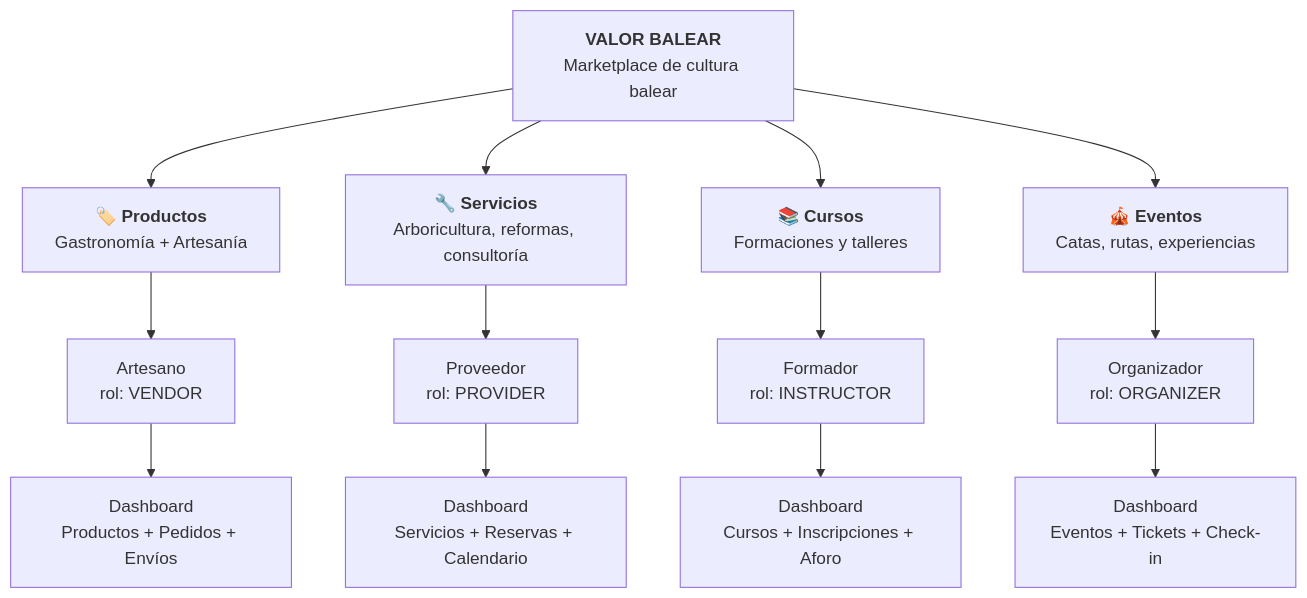
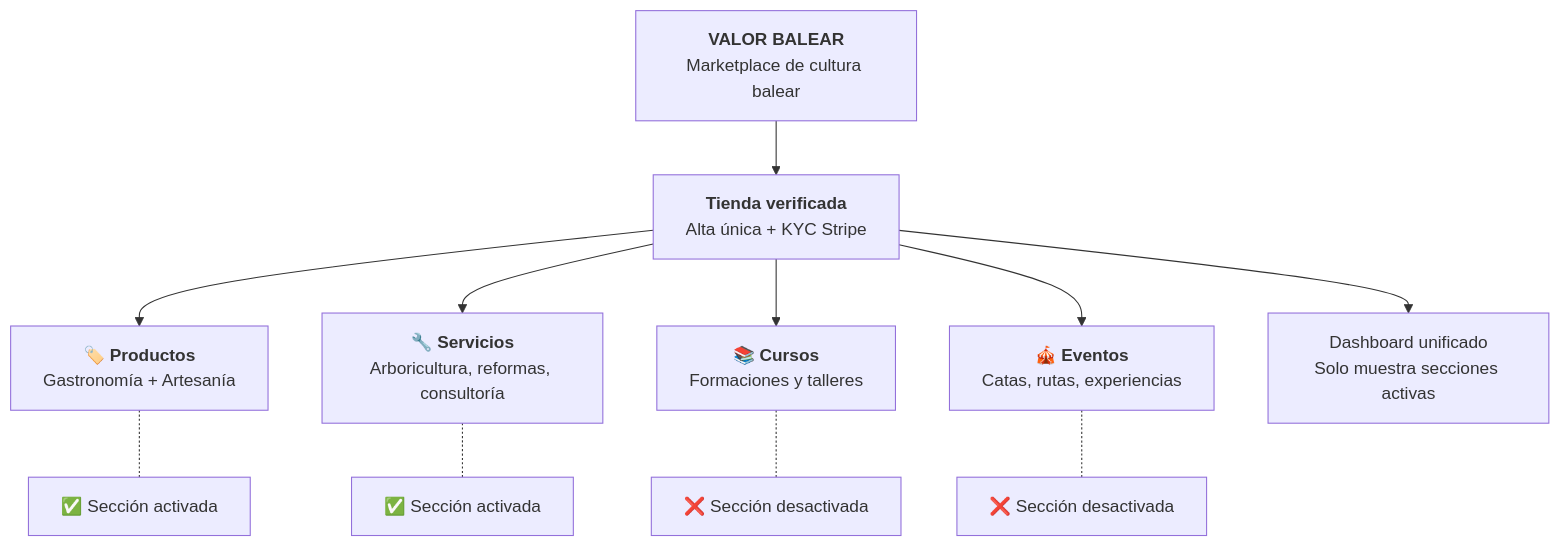
One commit to JTRC83/empresa changed the sixth of 6 diagrams in 06 - Proyectos/Valor Balear.md. Above: the diagram before and after it, drawn with Mermaid. The commit also changed other lines of this file, not shown here.

First line of the commit message:
feat: modelo de secciones habilitables y 10 propuestas de expansion para Valor Balear

````diff
--- a/06 - Proyectos/Valor Balear.md
+++ b/06 - Proyectos/Valor Balear.md
@@ -563,19 +564,20 @@
 ```mermaid
 flowchart TD
     VB[<b>VALOR BALEAR</b><br/>Marketplace de cultura balear]
     
-    VB --> P[🏷️ <b>Productos</b><br/>Gastronomía + Artesanía]
-    VB --> S[🔧 <b>Servicios</b><br/>Arboricultura, reformas, consultoría]
-    VB --> C[📚 <b>Cursos</b><br/>Formaciones y talleres]
-    VB --> E[🎪 <b>Eventos</b><br/>Catas, rutas, experiencias]
+    TIENDA[<b>Tienda verificada</b><br/>Alta única + KYC Stripe]
+    
+    VB --> TIENDA
+    
+    TIENDA --> P[🏷️ <b>Productos</b><br/>Gastronomía + Artesanía]
+    TIENDA --> S[🔧 <b>Servicios</b><br/>Arboricultura, reformas, consultoría]
+    TIENDA --> C[📚 <b>Cursos</b><br/>Formaciones y talleres]
+    TIENDA --> E[🎪 <b>Eventos</b><br/>Catas, rutas, experiencias]
 
-    P --> P1[Artesano<br/>rol: VENDOR]
-    S --> S1[Proveedor<br/>rol: PROVIDER]
-    C --> C1[Formador<br/>rol: INSTRUCTOR]
-    E --> E1[Organizador<br/>rol: ORGANIZER]
+    P -.- TOGGLE1[✅ Sección activada]
+    S -.- TOGGLE2[✅ Sección activada]
+    C -.- TOGGLE3[❌ Sección desactivada]
+    E -.- TOGGLE4[❌ Sección desactivada]
 
-    P1 --> DASH1[Dashboard<br/>Productos + Pedidos + Envíos]
-    S1 --> DASH2[Dashboard<br/>Servicios + Reservas + Calendario]
-    C1 --> DASH3[Dashboard<br/>Cursos + Inscripciones + Aforo]
-    E1 --> DASH4[Dashboard<br/>Eventos + Tickets + Check-in]
+    TIENDA --> DASH[Dashboard unificado<br/>Solo muestra secciones activas]
 ```
````
